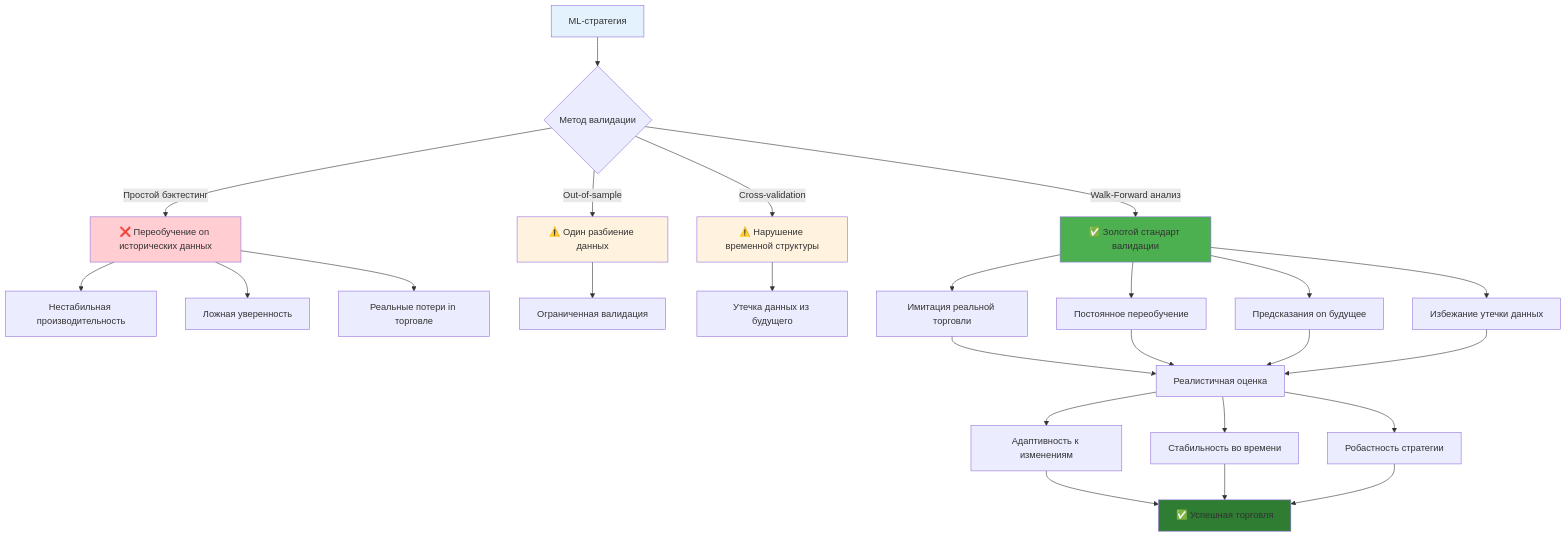
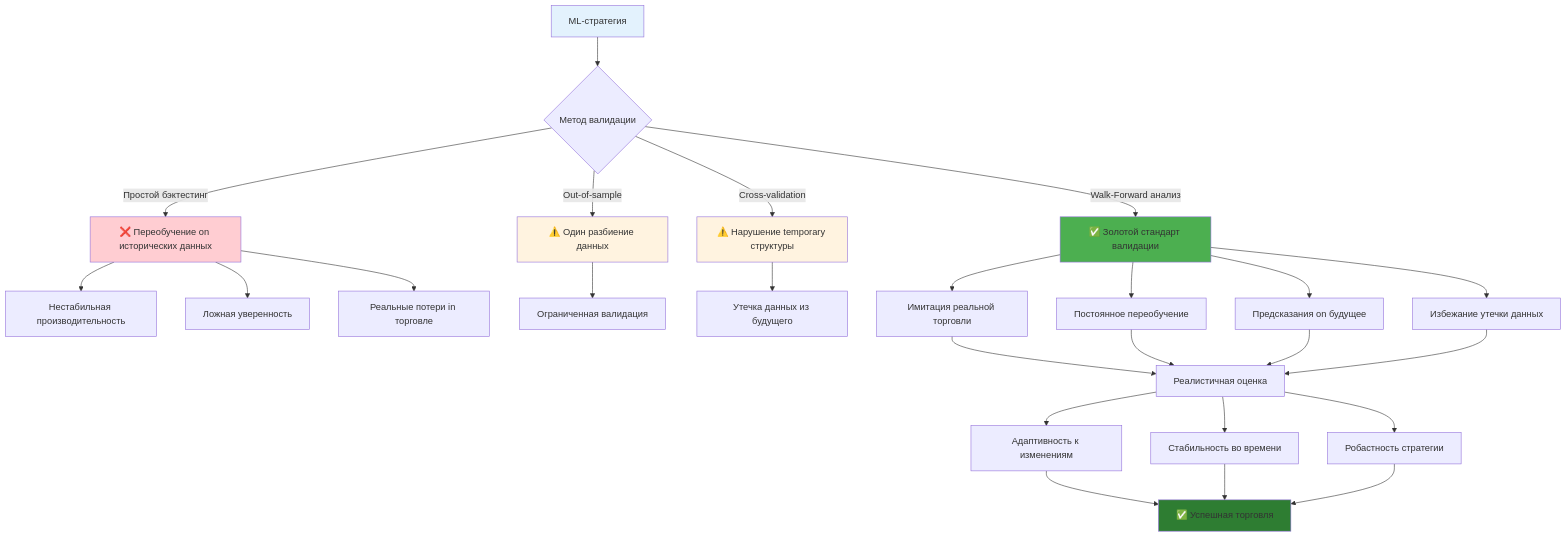
Before and after one commit to NeoZorK/neozork-hld-prediction: the first of 8 diagrams in docs/automl/gluon/30_walk_forward_analysis.md, drawn with Mermaid. The commit also changed other lines of this file and 104 other files, not shown here.

````diff
--- a/docs/automl/gluon/30_walk_forward_analysis.md
+++ b/docs/automl/gluon/30_walk_forward_analysis.md
@@ -10,41 +10,41 @@
 ```mermaid
 graph TD
  A[ML-стратегия] --> B{Метод валидации}
 
  B -->|Простой бэктестинг| C[❌ Переобучение on исторических данных]
  B -->|Out-of-sample| D[⚠️ Один разбиение данных]
- B -->|Cross-validation| E[⚠️ Нарушение временной структуры]
+ B -->|Cross-validation| E[⚠️ Нарушение temporary структуры]
  B -->|Walk-Forward анализ| F[✅ Золотой стандарт валидации]
 
  C --> G[Нестабильная производительность]
  C --> H[Ложная уверенность]
  C --> I[Реальные потери in торговле]
 
  D --> J[Ограниченная валидация]
  E --> K[Утечка данных из будущего]
 
  F --> L[Имитация реальной торговли]
  F --> M[Постоянное переобучение]
  F --> N[Предсказания on будущее]
  F --> O[Избежание утечки данных]
 
  L --> P[Реалистичная оценка]
  M --> P
  N --> P
  O --> P
 
  P --> Q[Адаптивность к изменениям]
  P --> R[Стабильность во времени]
  P --> S[Робастность стратегии]
 
  Q --> T[✅ Успешная торговля]
  R --> T
  S --> T
 
  style A fill:#e3f2fd
  style F fill:#4caf50
  style C fill:#ffcdd2
  style D fill:#fff3e0
  style E fill:#fff3e0
  style T fill:#2e7d32
 ```
````
